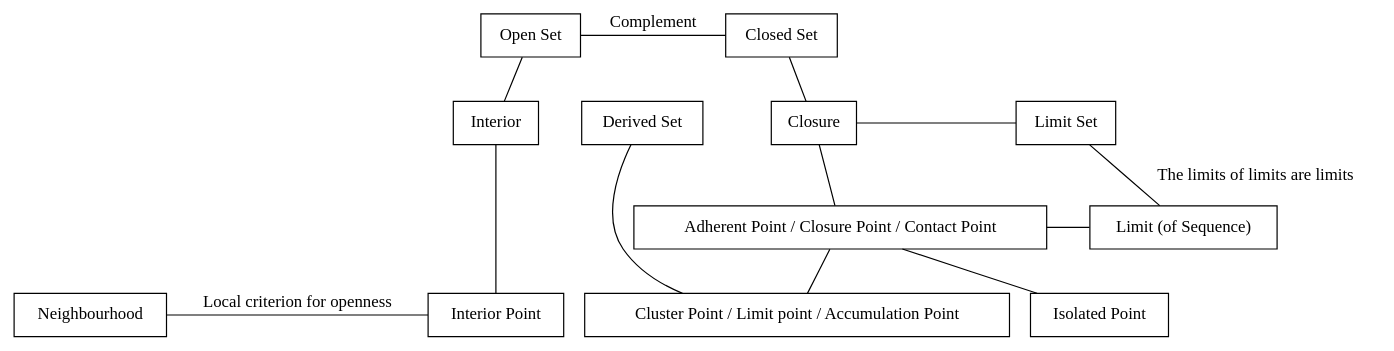
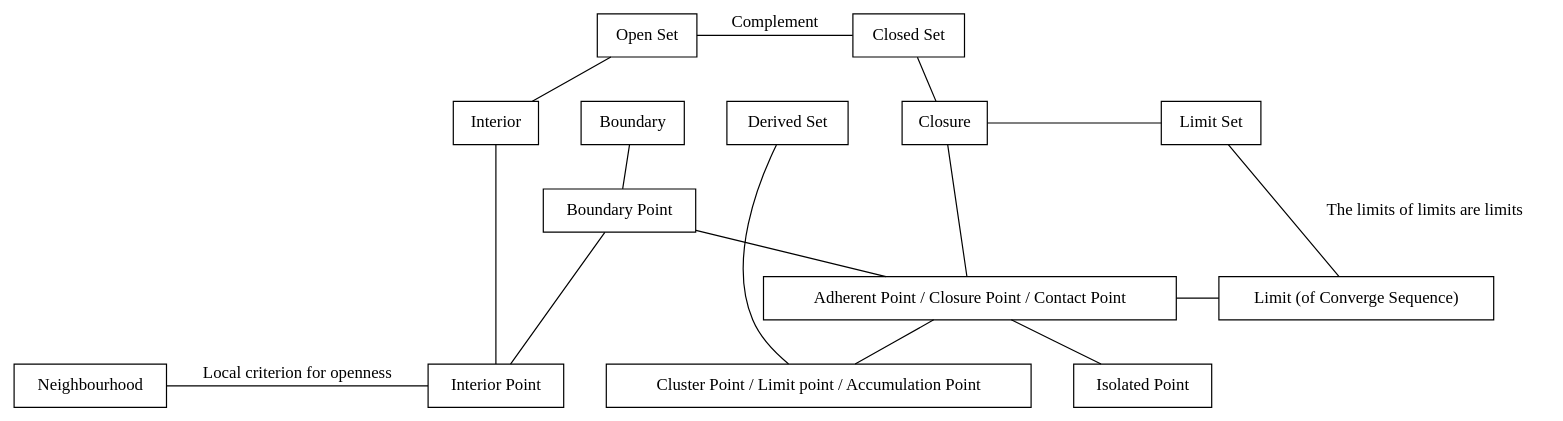
Before and after one commit to HanetakaChou/hanetakachou.github.io: the diagram in Analysis/1_Real_Analysis.md, drawn with Graphviz. The commit also changed other lines of this file, not shown here.

Commit message:
Real Analysis

````diff
--- a/Analysis/1_Real_Analysis.md
+++ b/Analysis/1_Real_Analysis.md
@@ -33,65 +33,72 @@
 ```graphviz
 graph topology{
-    //rankdir=LR 
+    rankdir=TB 
     node[shape=box]
     
     Interior_Point[label="Interior Point"]
+    
     Adherent_Point[label="Adherent Point / Closure Point / Contact Point"] //附着点/闭包点/(接)触点
     Cluster_Point[label="Cluster Point / Limit point / Accumulation Point"] //聚(集)点/极(限)点/(会)聚点
     Isolated_Point[label="Isolated Point"] //孤(立)点
-    
-    Adherent_Point -- Cluster_Point
-    Adherent_Point -- Isolated_Point
+
+    Boundary_Point[label="Boundary Point"] //边界点
+
+    Adherent_Point--Cluster_Point
+    Adherent_Point--Isolated_Point
+    Boundary_Point--Interior_Point
+    Boundary_Point--Adherent_Point
 
     Interior //内部
     Closure //闭包
     Derived_Set[label="Derived Set"] //导集
+    Boundary //边界
 
     Interior--Interior_Point
-    Closure -- Adherent_Point
-    Derived_Set -- Cluster_Point
+    Closure--Adherent_Point
+    Derived_Set--Cluster_Point
+    Boundary--Boundary_Point
     {
         rank=same
-        Interior--Derived_Set--Closure[style=invis]
-        //Interior_Point--Cluster_Point--Isolated_Point[style=invis]
+        Interior--Boundary--Derived_Set--Closure[style=invis]
+        rankdir=LR
+    }
+    {
+        rank=same
+        Interior_Point--Cluster_Point--Isolated_Point[style=invis]
         rankdir=LR
     }
 
     Open_Set[label="Open Set"] //开集
     Closed_Set[label="Closed Set"] //闭集
     {
         rank=same
         Open_Set--Closed_Set[label="Complement"] //补集
         rankdir=LR
     }
-
     Open_Set--Interior
     Closed_Set--Closure
 
-    Limit[label="Limit (of Sequence)"]
+    Limit[label="Limit (of Converge Sequence)"]
     {
         rank=same
         Adherent_Point -- Limit
         rankdir=LR
     }
 
     Limit_Set[label="Limit Set"]
     {
         rank=same
-        Closure -- Limit_Set
+        Closure--Limit_Set
         rankdir=LR
     }
 
     Limit_Set--Limit[label="The limits of limits are limits"]
 
     Neighbourhood //领域
     {
         rank=same
-        //Neighbourhood--Interior[style=invis]
         Neighbourhood--Interior_Point[label="Local criterion for openness"]
         rankdir=LR
     }
-    Neighbourhood_Invis[style=invis]
-    Interior--Neighbourhood_Invis--Neighbourhood[style=invis]
 }
 ```
````
